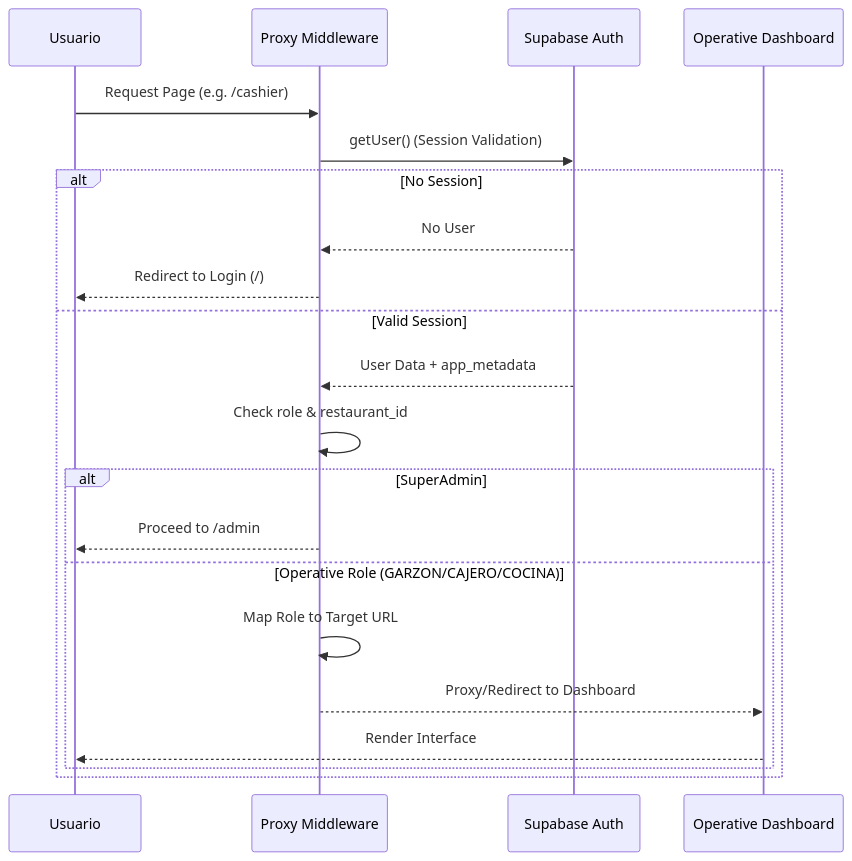
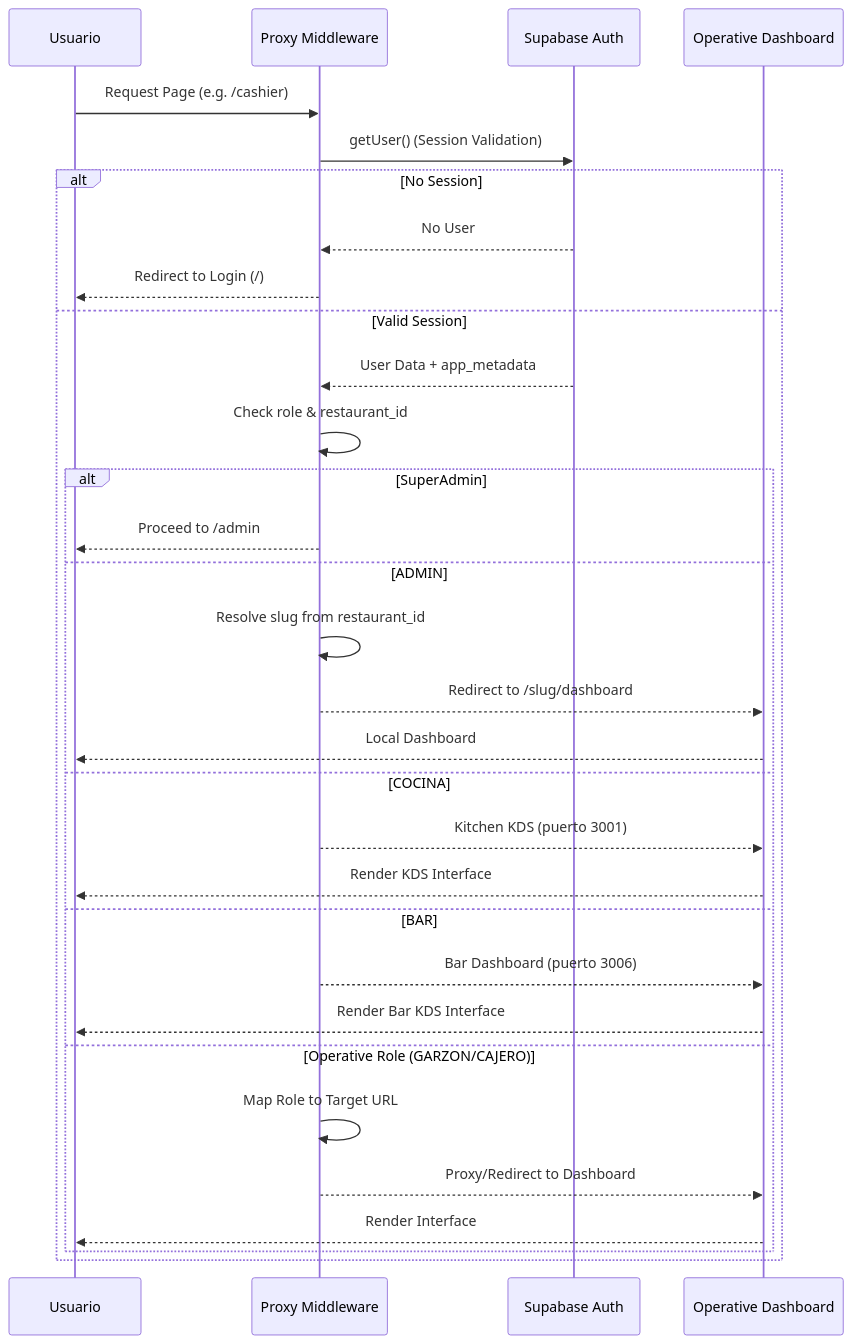
One commit to Hctr2002/Software-Restaurantes changed the fifth of 6 diagrams in Documentacion/01_Documentacion/4.3_Arquitectura.md. Above: the diagram before and after it, drawn with Mermaid. The commit also changed other lines of this file and 9 other files, not shown here.

````diff
--- a/Documentacion/01_Documentacion/4.3_Arquitectura.md
+++ b/Documentacion/01_Documentacion/4.3_Arquitectura.md
@@ -67,24 +109,34 @@
 ```mermaid
 sequenceDiagram
     participant U as Usuario
     participant P as Proxy Middleware
     participant S as Supabase Auth
     participant D as Operative Dashboard
 
     U->>P: Request Page (e.g. /cashier)
     P->>S: getUser() (Session Validation)
     alt No Session
         S-->>P: No User
         P-->>U: Redirect to Login (/)
     else Valid Session
         S-->>P: User Data + app_metadata
         P->>P: Check role & restaurant_id
         alt SuperAdmin
             P-->>U: Proceed to /admin
-        else Operative Role (GARZON/CAJERO/COCINA)
+        else ADMIN
+            P->>P: Resolve slug from restaurant_id
+            P-->>D: Redirect to /slug/dashboard
+            D-->>U: Local Dashboard
+        else COCINA
+            P-->>D: Kitchen KDS (puerto 3001)
+            D-->>U: Render KDS Interface
+        else BAR
+            P-->>D: Bar Dashboard (puerto 3006)
+            D-->>U: Render Bar KDS Interface
+        else Operative Role (GARZON/CAJERO)
             P->>P: Map Role to Target URL
             P-->>D: Proxy/Redirect to Dashboard
             D-->>U: Render Interface
         end
     end
 ```
````
